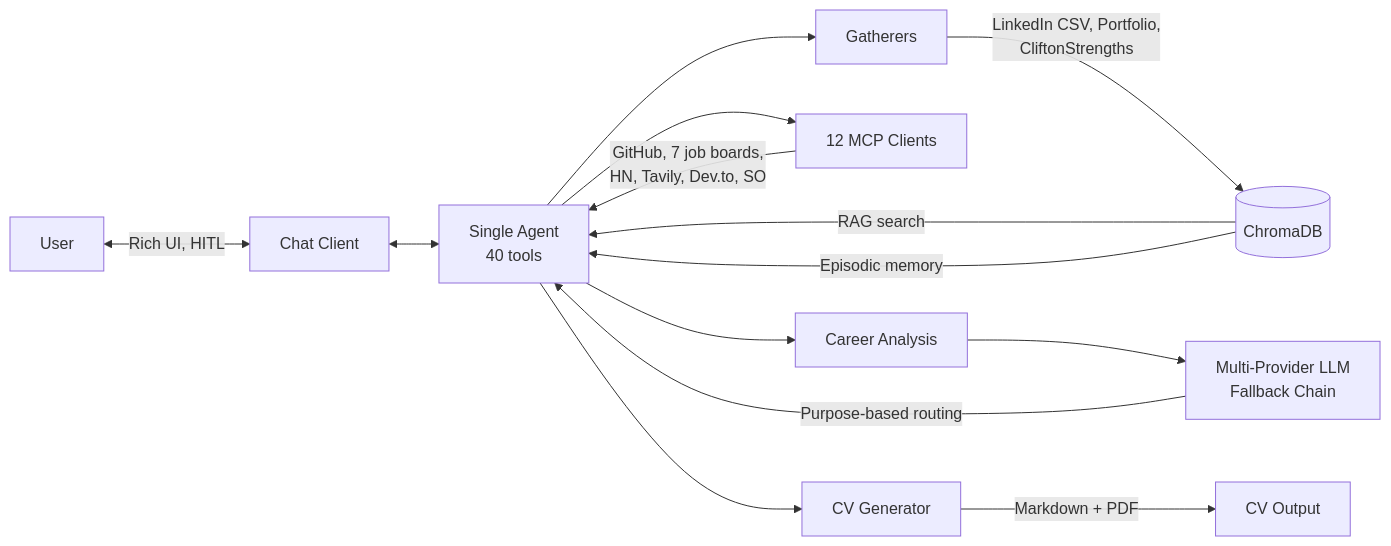
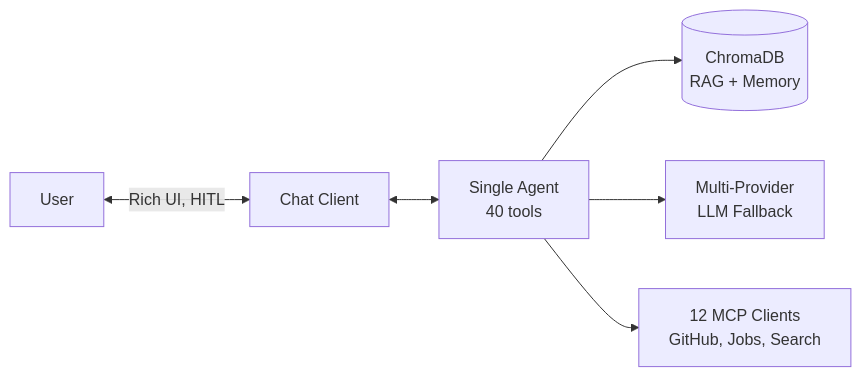
Before and after one commit to juanmanueldaza/fu7ur3pr00f: the diagram in README.md, drawn with Mermaid. The commit also changed other lines of this file and 15 other files, not shown here.

````diff
--- a/README.md
+++ b/README.md
@@ -28,19 +66,8 @@
 ```mermaid
 graph LR
     User <-->|Rich UI, HITL| Chat[Chat Client]
     Chat <--> Agent[Single Agent<br/>40 tools]
-
-    Agent --> Gather[Gatherers]
-    Agent --> MCP[12 MCP Clients]
-    Agent --> Analysis[Career Analysis]
-    Agent --> Gen[CV Generator]
-
-    Gather -->|LinkedIn CSV, Portfolio,<br/>CliftonStrengths| ChromaDB[(ChromaDB)]
-    MCP -->|GitHub, 7 job boards,<br/>HN, Tavily, Dev.to, SO| Agent
-    Analysis --> LLM[Multi-Provider LLM<br/>Fallback Chain]
-    Gen -->|Markdown + PDF| Output[CV Output]
-
-    ChromaDB -->|RAG search| Agent
-    ChromaDB -->|Episodic memory| Agent
-    LLM -->|Purpose-based routing| Agent
+    Agent --> ChromaDB[(ChromaDB<br/>RAG + Memory)]
+    Agent --> LLM[Multi-Provider<br/>LLM Fallback]
+    Agent --> MCP[12 MCP Clients<br/>GitHub, Jobs, Search]
 ```
````
